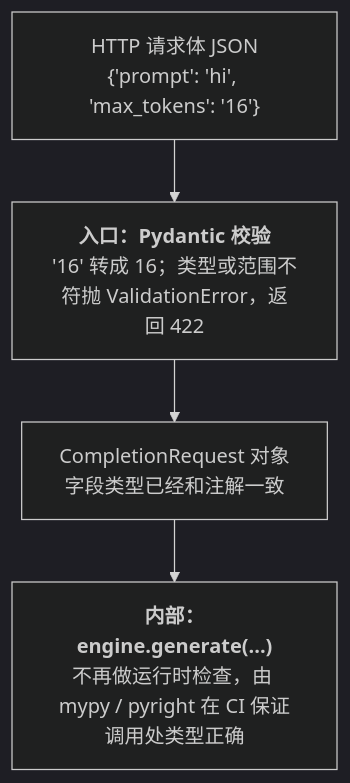
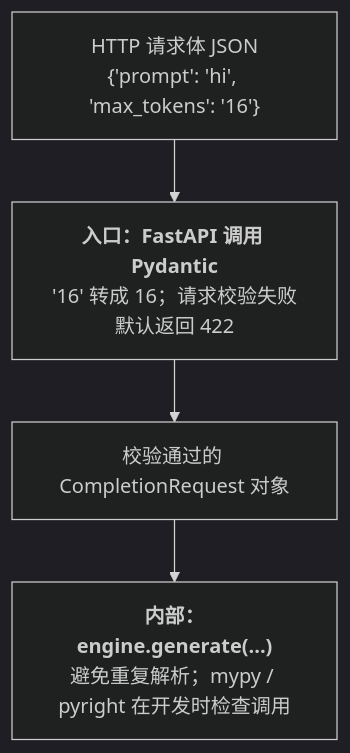
The fifth of 5 diagrams in _posts/2026-01-25-python-type-information-distribution-and-consumption.md (arganzheng/arganzheng.github.com), drawn with Mermaid (dark theme) before and after one commit. The commit also changed other lines of this file and 4 other files, not shown here.

````diff
--- a/_posts/2026-01-25-python-type-information-distribution-and-consumption.md
+++ b/_posts/2026-01-25-python-type-information-distribution-and-consumption.md
@@ -788,7 +788,7 @@
 ```mermaid
 %% 图：信任边界：入口运行时校验，内部依靠静态检查
 flowchart TB
-    IN["HTTP 请求体 JSON<br/>{'prompt': 'hi', 'max_tokens': '16'}"] --> V["<b>入口：Pydantic 校验</b><br/>'16' 转成 16；类型或范围不符抛 ValidationError，返回 422"]
-    V --> OBJ["CompletionRequest 对象<br/>字段类型已经和注解一致"]
-    OBJ --> CORE["<b>内部：engine.generate(...)</b><br/>不再做运行时检查，由 mypy / pyright 在 CI 保证调用处类型正确"]
+    IN["HTTP 请求体 JSON<br/>{'prompt': 'hi', 'max_tokens': '16'}"] --> V["<b>入口：FastAPI 调用 Pydantic</b><br/>'16' 转成 16；请求校验失败默认返回 422"]
+    V --> OBJ["校验通过的 CompletionRequest 对象"]
+    OBJ --> CORE["<b>内部：engine.generate(...)</b><br/>避免重复解析；mypy / pyright 在开发时检查调用"]
 ```
````
